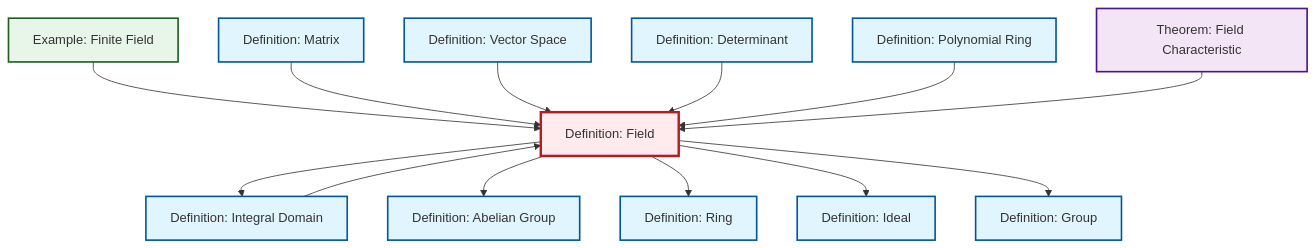
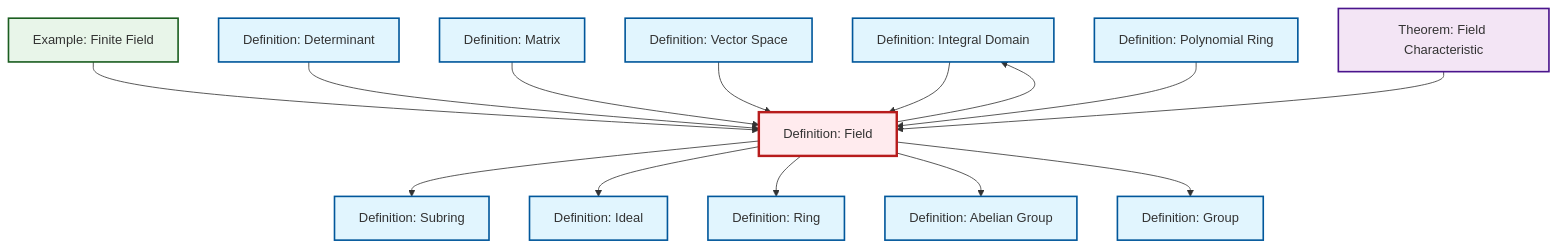
One commit to RK0429/ModernMath changed the diagram in content/ja/algebra/def-field.qmd. Above: the diagram before and after it, drawn with Mermaid. The commit also changed 619 other files, not shown here.

````diff
--- a/content/ja/algebra/def-field.qmd
+++ b/content/ja/algebra/def-field.qmd
@@ -60,45 +60,48 @@
 ```{mermaid}
 %%| fig-cap: "Local dependency graph"
 graph TD
     classDef definition fill:#e1f5fe,stroke:#01579b,stroke-width:2px
     classDef theorem fill:#f3e5f5,stroke:#4a148c,stroke-width:2px
     classDef axiom fill:#fff3e0,stroke:#e65100,stroke-width:2px
     classDef example fill:#e8f5e9,stroke:#1b5e20,stroke-width:2px
     classDef current fill:#ffebee,stroke:#b71c1c,stroke-width:3px
+    def-integral-domain["Definition: Integral Domain"]:::definition
+    def-abelian-group["Definition: Abelian Group"]:::definition
+    def-group["Definition: Group"]:::definition
     ex-finite-field["Example: Finite Field"]:::example
-    def-integral-domain["Definition: Integral Domain"]:::definition
+    def-determinant["Definition: Determinant"]:::definition
+    def-ideal["Definition: Ideal"]:::definition
     thm-field-characteristic["Theorem: Field Characteristic"]:::theorem
+    def-subring["Definition: Subring"]:::definition
     def-polynomial-ring["Definition: Polynomial Ring"]:::definition
-    def-ideal["Definition: Ideal"]:::definition
-    def-vector-space["Definition: Vector Space"]:::definition
     def-matrix["Definition: Matrix"]:::definition
     def-field["Definition: Field"]:::definition
     def-ring["Definition: Ring"]:::definition
-    def-determinant["Definition: Determinant"]:::definition
-    def-abelian-group["Definition: Abelian Group"]:::definition
-    def-group["Definition: Group"]:::definition
-    def-field --> def-integral-domain
+    def-vector-space["Definition: Vector Space"]:::definition
+    def-field --> def-subring
+    def-field --> def-ideal
+    def-field --> def-ring
     def-field --> def-abelian-group
     ex-finite-field --> def-field
+    def-determinant --> def-field
+    def-field --> def-integral-domain
+    def-integral-domain --> def-field
     def-matrix --> def-field
+    def-field --> def-group
     def-vector-space --> def-field
-    def-integral-domain --> def-field
-    def-determinant --> def-field
     def-polynomial-ring --> def-field
-    def-field --> def-ring
-    def-field --> def-ideal
-    def-field --> def-group
     thm-field-characteristic --> def-field
     class def-field current
+    click def-integral-domain "def-integral-domain.html" "Definition: Integral Domainへ"
+    click def-abelian-group "def-abelian-group.html" "Definition: Abelian Groupへ"
+    click def-group "def-group.html" "Definition: Groupへ"
     click ex-finite-field "ex-finite-field.html" "Example: Finite Fieldへ"
-    click def-integral-domain "def-integral-domain.html" "Definition: Integral Domainへ"
+    click def-determinant "def-determinant.html" "Definition: Determinantへ"
+    click def-ideal "def-ideal.html" "Definition: Idealへ"
     click thm-field-characteristic "thm-field-characteristic.html" "Theorem: Field Characteristicへ"
+    click def-subring "def-subring.html" "Definition: Subringへ"
     click def-polynomial-ring "def-polynomial-ring.html" "Definition: Polynomial Ringへ"
-    click def-ideal "def-ideal.html" "Definition: Idealへ"
-    click def-vector-space "def-vector-space.html" "Definition: Vector Spaceへ"
     click def-matrix "def-matrix.html" "Definition: Matrixへ"
     click def-ring "def-ring.html" "Definition: Ringへ"
-    click def-determinant "def-determinant.html" "Definition: Determinantへ"
-    click def-abelian-group "def-abelian-group.html" "Definition: Abelian Groupへ"
-    click def-group "def-group.html" "Definition: Groupへ"
+    click def-vector-space "def-vector-space.html" "Definition: Vector Spaceへ"
 ```
````
